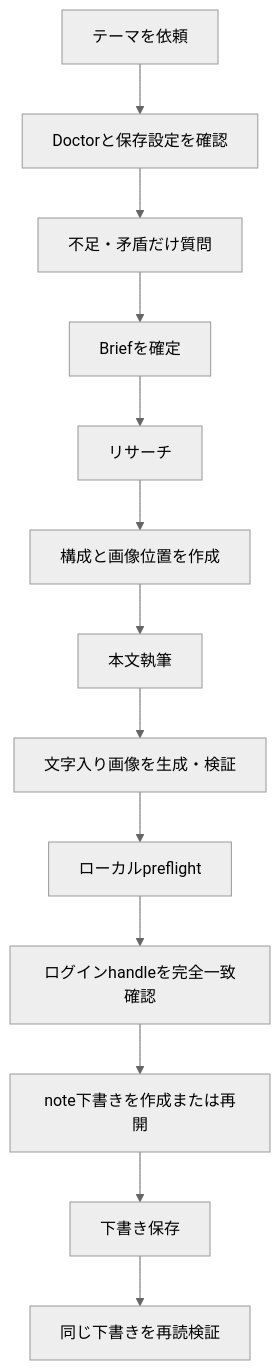
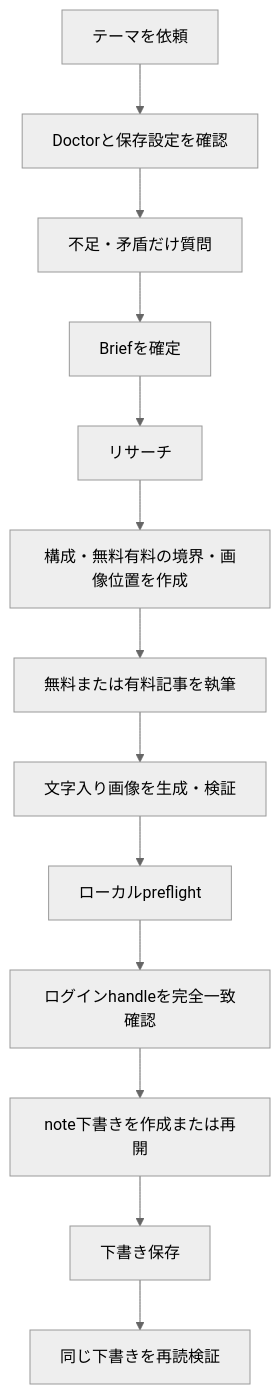
Before and after one commit to Azamarusuisan/AZMAEUni: the diagram in README.md, drawn with Mermaid (neutral theme). The commit also changed other lines of this file and 20 other files, not shown here.

````diff
--- a/README.md
+++ b/README.md
@@ -301,15 +318,15 @@
 ```mermaid
 flowchart TD
   A[テーマを依頼] --> B[Doctorと保存設定を確認]
   B --> C[不足・矛盾だけ質問]
   C --> D[Briefを確定]
   D --> E[リサーチ]
-  E --> F[構成と画像位置を作成]
-  F --> G[本文執筆]
+  E --> F[構成・無料有料の境界・画像位置を作成]
+  F --> G[無料または有料記事を執筆]
   G --> H[文字入り画像を生成・検証]
   H --> I[ローカルpreflight]
   I --> J[ログインhandleを完全一致確認]
   J --> K[note下書きを作成または再開]
   K --> L[下書き保存]
   L --> M[同じ下書きを再読検証]
 ```
````
